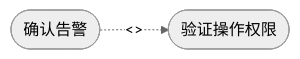
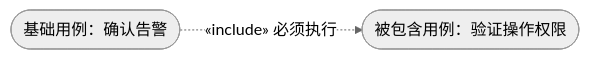
The second of 3 diagrams in 01_综合知识/04_软件工程基础知识/03_分析与设计/UML用例图.md (74262195/system-architect-notes), drawn with Mermaid (neutral theme) before and after one commit. The commit also changed other lines of this file, not shown here.

Commit message:
修正 UML include 与 extend 箭头示意图

````diff
--- a/01_综合知识/04_软件工程基础知识/03_分析与设计/UML用例图.md
+++ b/01_综合知识/04_软件工程基础知识/03_分析与设计/UML用例图.md
@@ -132,4 +132,4 @@
 ```mermaid
 flowchart LR
-    A([确认告警]) -. "<<include>>" .-> B([验证操作权限])
+    A([基础用例：确认告警]) -. "«include» 必须执行" .-> B([被包含用例：验证操作权限])
 ```
````
